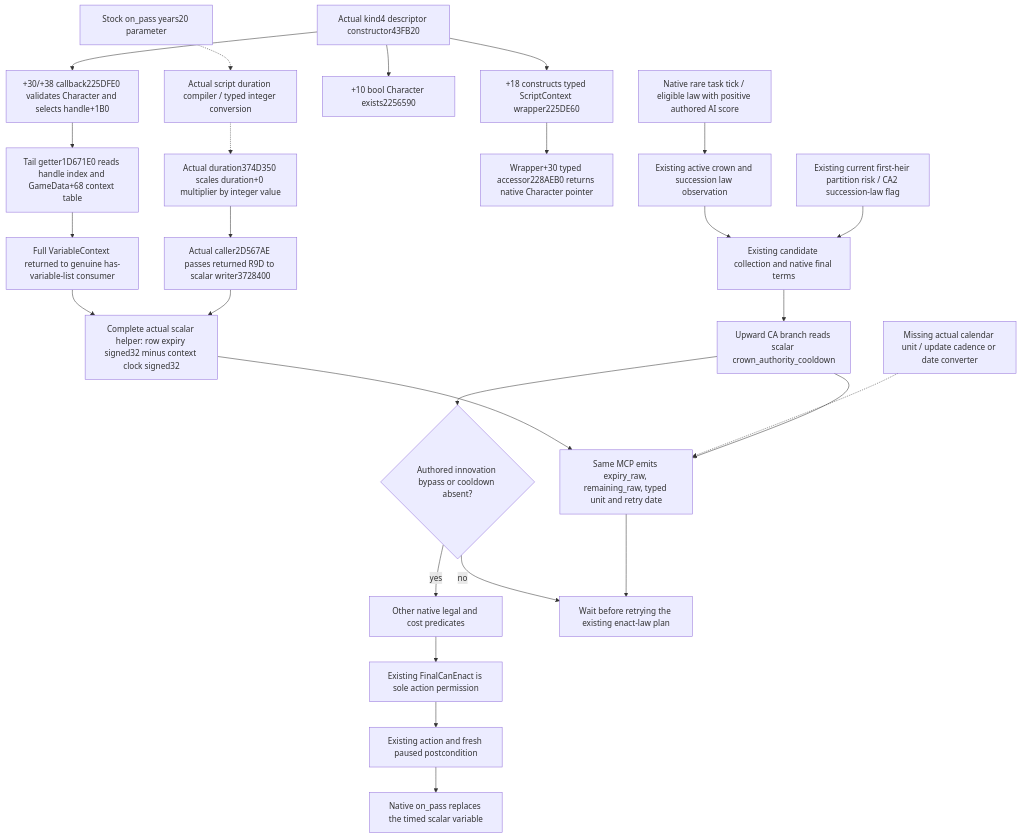
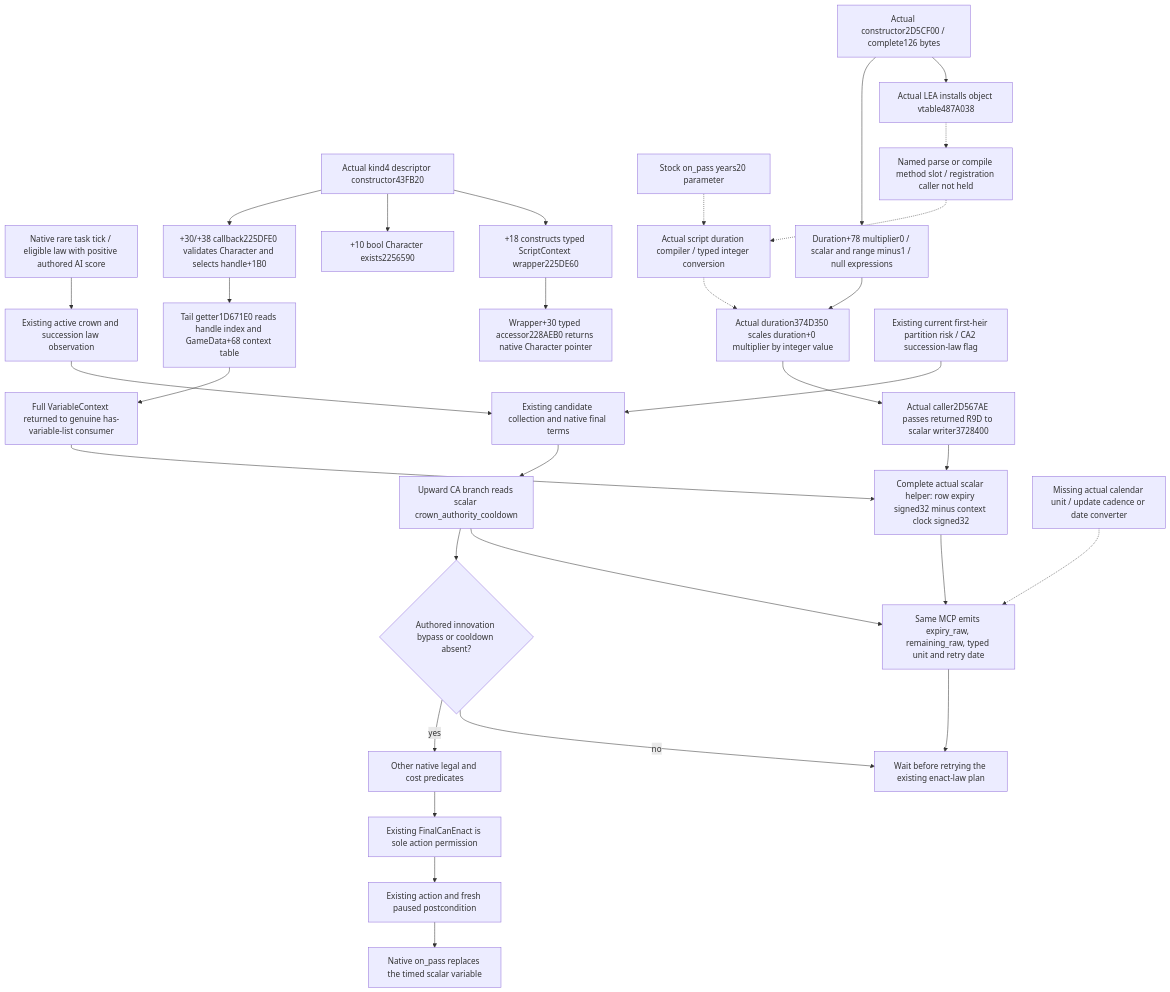
Before and after one commit to XenoAmess/ck3_eternal_recurrence: the diagram in docs/ck3-native-ai/crown-authority-cooldown-observer-12004.md, drawn with Mermaid. The commit also changed other lines of this file and 1 other file, not shown here.

Commit message:
Record actual crown duration initializer and clock unit route

````diff
--- a/docs/ck3-native-ai/crown-authority-cooldown-observer-12004.md
+++ b/docs/ck3-native-ai/crown-authority-cooldown-observer-12004.md
@@ -13,28 +13,33 @@
 ```mermaid
 flowchart TD
   N[Native rare task tick / eligible law with positive authored AI score] --> A[Existing active crown and succession law observation]
   A --> C[Existing candidate collection and native final terms]
   C --> V[Upward CA branch reads scalar crown_authority_cooldown]
   V --> B{Authored innovation bypass or cooldown absent?}
   B -->|yes| P[Other native legal and cost predicates]
   B -->|no| W[Wait before retrying the existing enact-law plan]
   P --> F[Existing FinalCanEnact is sole action permission]
   F --> O[Existing action and fresh paused postcondition]
   O --> E[Native on_pass replaces the timed scalar variable]
   S[Complete actual scalar helper: row expiry signed32 minus context clock signed32] --> T[Same MCP emits expiry_raw, remaining_raw, typed unit and retry date]
   R[Actual kind4 descriptor constructor43FB20] --> X[+30/+38 callback225DFE0 validates Character and selects handle+1B0]
   R --> K[+10 bool Character exists2256590]
   R --> Y[+18 constructs typed ScriptContext wrapper225DE60]
   X --> G[Tail getter1D671E0 reads handle index and GameData+68 context table]
   G --> Q[Full VariableContext returned to genuine has-variable-list consumer]
   Y --> Z[Wrapper+30 typed accessor228AEB0 returns native Character pointer]
   Q --> S
   U[Missing actual calendar unit / update cadence or date converter] -.-> T
   D[Stock on_pass years20 parameter] -.-> J[Actual script duration compiler / typed integer conversion]
   J -.-> I[Actual duration374D350 scales duration+0 multiplier by integer value]
   I --> SW[Actual caller2D567AE passes returned R9D to scalar writer3728400]
+  CT[Actual constructor2D5CF00 / complete126 bytes] --> DF[Duration+78 multiplier0 / scalar and range minus1 / null expressions]
+  CT --> VT[Actual LEA installs object vtable487A038]
+  VT -.-> PS[Named parse or compile method slot / registration caller not held]
+  PS -.-> J
+  DF --> I
   SW --> S
   V --> T
   T --> W
   H[Existing current first-heir partition risk / CA2 succession-law flag] --> C
 ```
````
